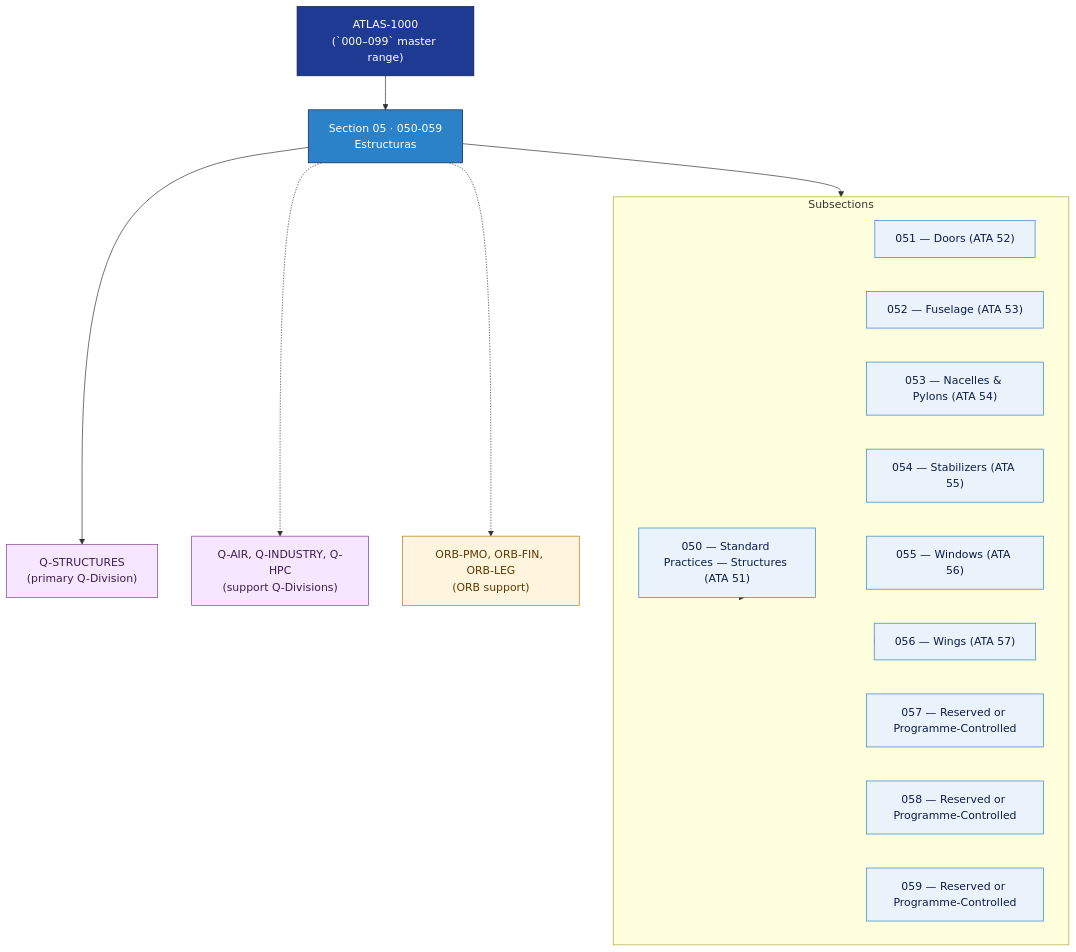
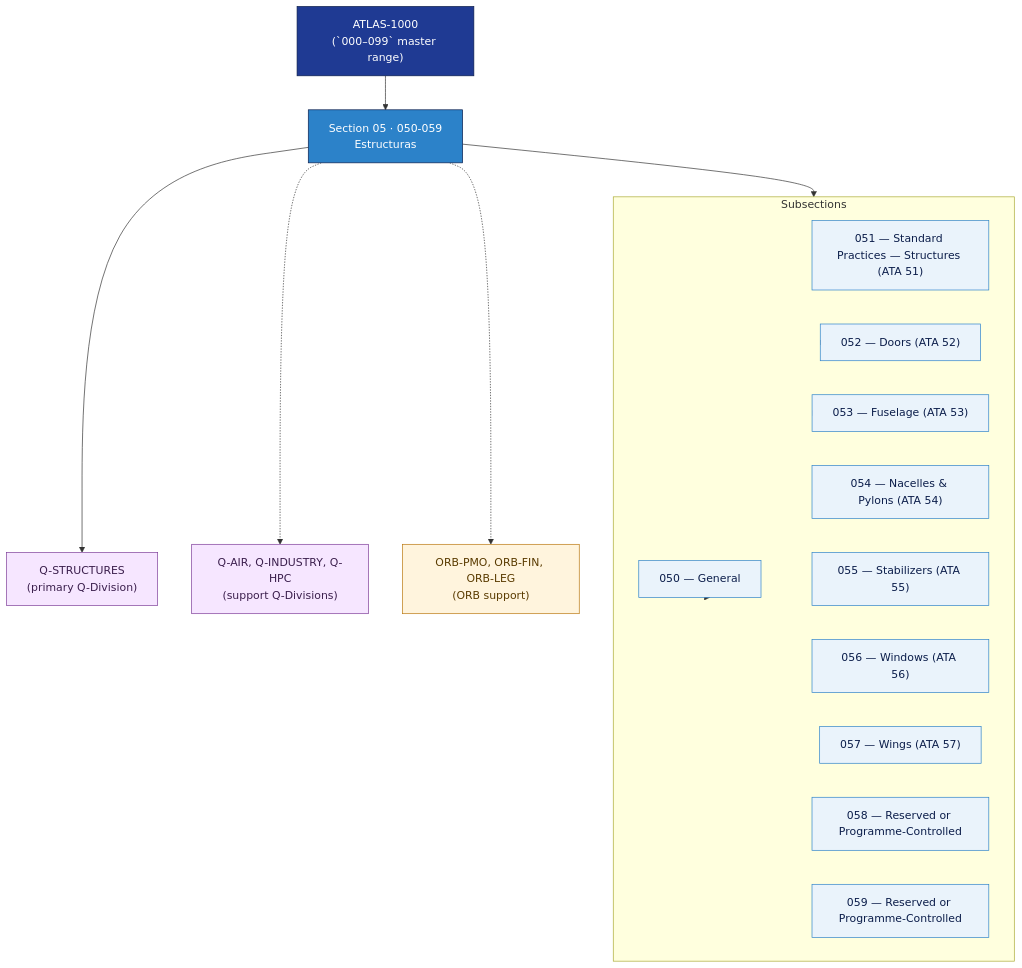
The diagram in Q+ATLANTIDE/000-099_ATLAS/050-059_Estructuras/README.md (AmedeoPelliccia/Qplus-For-All-Queer-People-and-Quantum), drawn with Mermaid before and after one commit. The commit also changed other lines of this file and 47 other files, not shown here.

First line of the commit message:
refactor(ATLAS-050-059): complete rework — folder-based subsubjects, new 050_General, rename 050→051_Standard-Practices, shift subsections +1

````diff
--- a/Q+ATLANTIDE/000-099_ATLAS/050-059_Estructuras/README.md
+++ b/Q+ATLANTIDE/000-099_ATLAS/050-059_Estructuras/README.md
@@ -55,46 +55,46 @@
 ```mermaid
 flowchart TB
     PARENT["ATLAS-1000<br/>(`000–099` master range)"]:::parent
     SEC["Section 05 · 050-059<br/>Estructuras"]:::sec
     PARENT --> SEC
 
     subgraph SUBS["Subsections"]
         direction LR
-        SUB_050["050 — Standard Practices — Structures (ATA 51)"]:::sub
-        SUB_051["051 — Doors (ATA 52)"]:::sub
-        SUB_052["052 — Fuselage (ATA 53)"]:::sub
-        SUB_053["053 — Nacelles & Pylons (ATA 54)"]:::sub
-        SUB_054["054 — Stabilizers (ATA 55)"]:::sub
-        SUB_055["055 — Windows (ATA 56)"]:::sub
-        SUB_056["056 — Wings (ATA 57)"]:::sub
-        SUB_057["057 — Reserved or Programme-Controlled"]:::sub
+        SUB_050["050 — General"]:::sub
+        SUB_051["051 — Standard Practices — Structures (ATA 51)"]:::sub
+        SUB_052["052 — Doors (ATA 52)"]:::sub
+        SUB_053["053 — Fuselage (ATA 53)"]:::sub
+        SUB_054["054 — Nacelles & Pylons (ATA 54)"]:::sub
+        SUB_055["055 — Stabilizers (ATA 55)"]:::sub
+        SUB_056["056 — Windows (ATA 56)"]:::sub
+        SUB_057["057 — Wings (ATA 57)"]:::sub
         SUB_058["058 — Reserved or Programme-Controlled"]:::sub
         SUB_059["059 — Reserved or Programme-Controlled"]:::sub
     end
     SEC --> SUBS
 
     QPRIM["Q-STRUCTURES<br/>(primary Q-Division)"]:::qdiv
     QSUPP["Q-AIR, Q-INDUSTRY, Q-HPC<br/>(support Q-Divisions)"]:::qdiv
     ORB["ORB-PMO, ORB-FIN, ORB-LEG<br/>(ORB support)"]:::orb
 
     SEC --> QPRIM
     SEC -.-> QSUPP
     SEC -.-> ORB
 
     SUBS --> SUB_050
     SUBS --> SUB_051
     SUBS --> SUB_052
     SUBS --> SUB_053
     SUBS --> SUB_054
     SUBS --> SUB_055
     SUBS --> SUB_056
     SUBS --> SUB_057
     SUBS --> SUB_058
     SUBS --> SUB_059
 
     classDef parent fill:#1f3a93,stroke:#0b1d4a,color:#fff
     classDef sec fill:#2c82c9,stroke:#0b1d4a,color:#fff
     classDef sub fill:#eaf3fb,stroke:#2c82c9,color:#0b1d4a
     classDef qdiv fill:#f6e6ff,stroke:#7d3c98,color:#3b1f4d
     classDef orb fill:#fff4dd,stroke:#b9770e,color:#5a3b00
 ```
````
